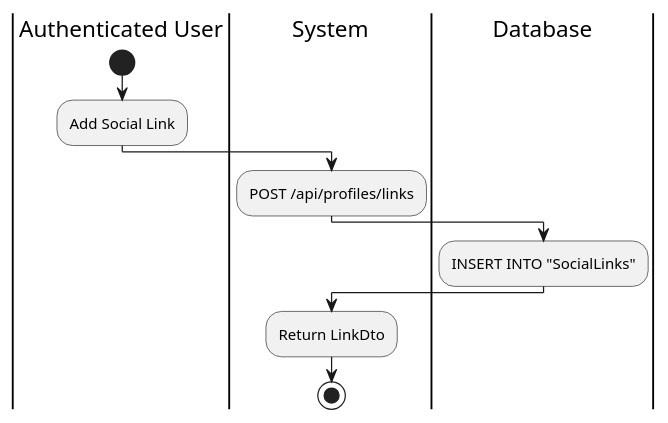
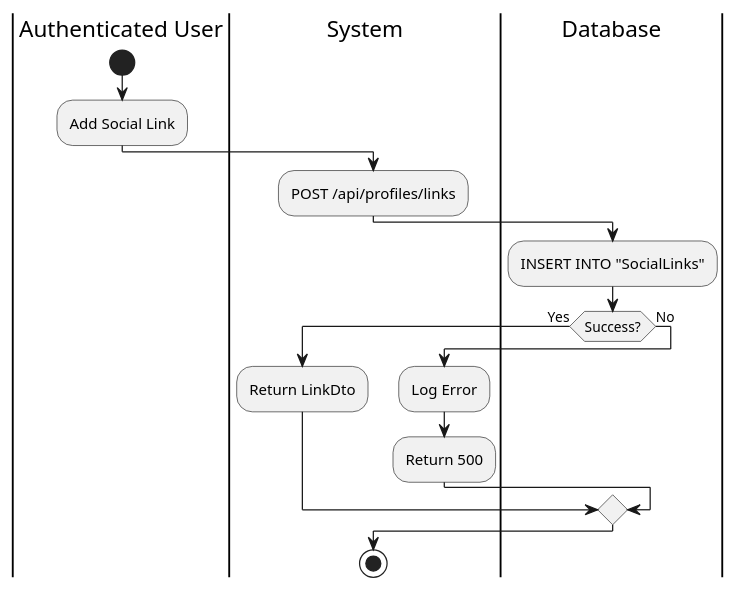
The third of 6 diagrams in UC_2.1.9_Adjust_User_Settings.md (I-Love-U-3000/Favi-BE), drawn with PlantUML before and after one commit. The commit also changed other lines of this file and 4 other files, not shown here.

First line of the commit message:
fix: Add error handling to profile and social link services

````diff
--- a/UC_2.1.9_Adjust_User_Settings.md
+++ b/UC_2.1.9_Adjust_User_Settings.md
@@ -127,14 +127,21 @@
 ```plantuml
 @startuml
 |Authenticated User|
 start
 :Add Social Link;
 |System|
 :POST /api/profiles/links;
 |Database|
+|Database|
 :INSERT INTO "SocialLinks";
-|System|
-:Return LinkDto;
+if (Success?) then (Yes)
+    |System|
+    :Return LinkDto;
+else (No)
+    |System|
+    :Log Error;
+    :Return 500;
+endif
 stop
 @enduml
 ```
````
